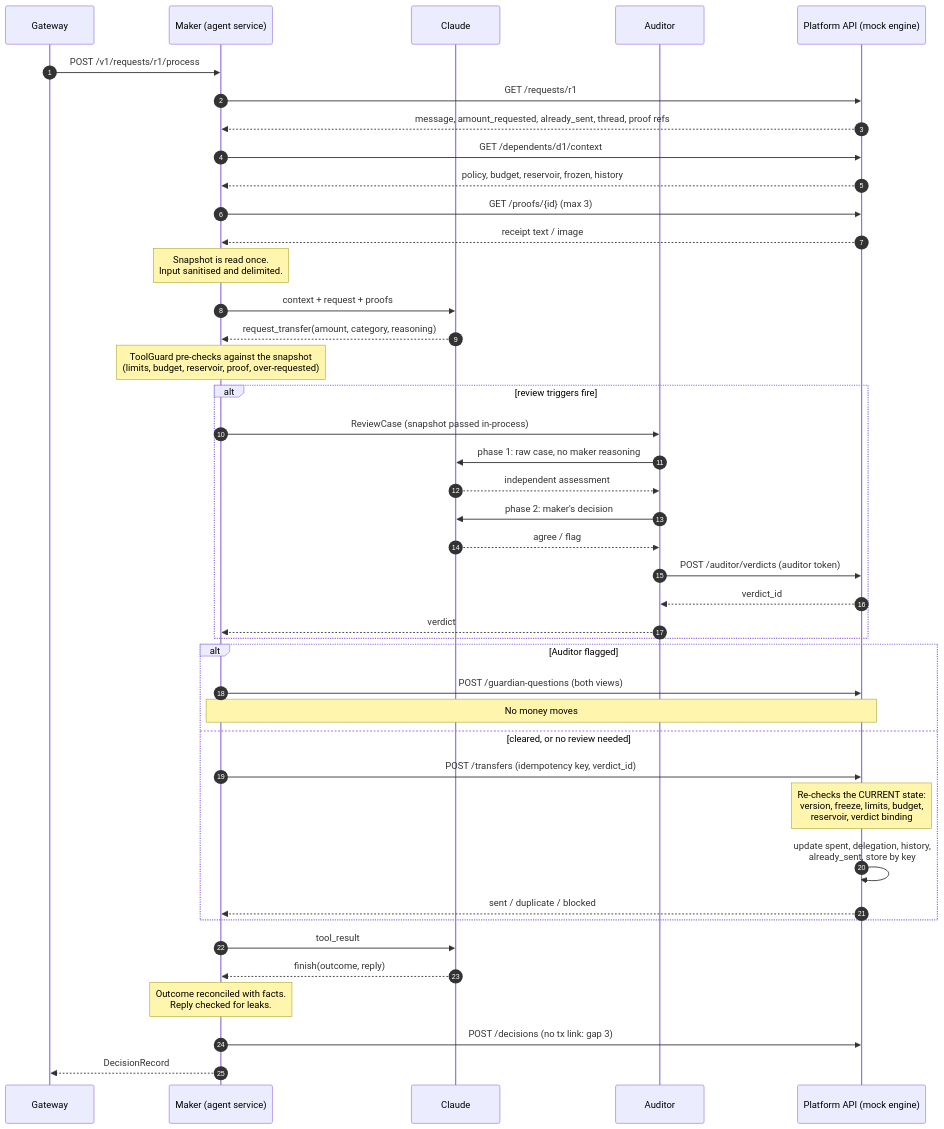
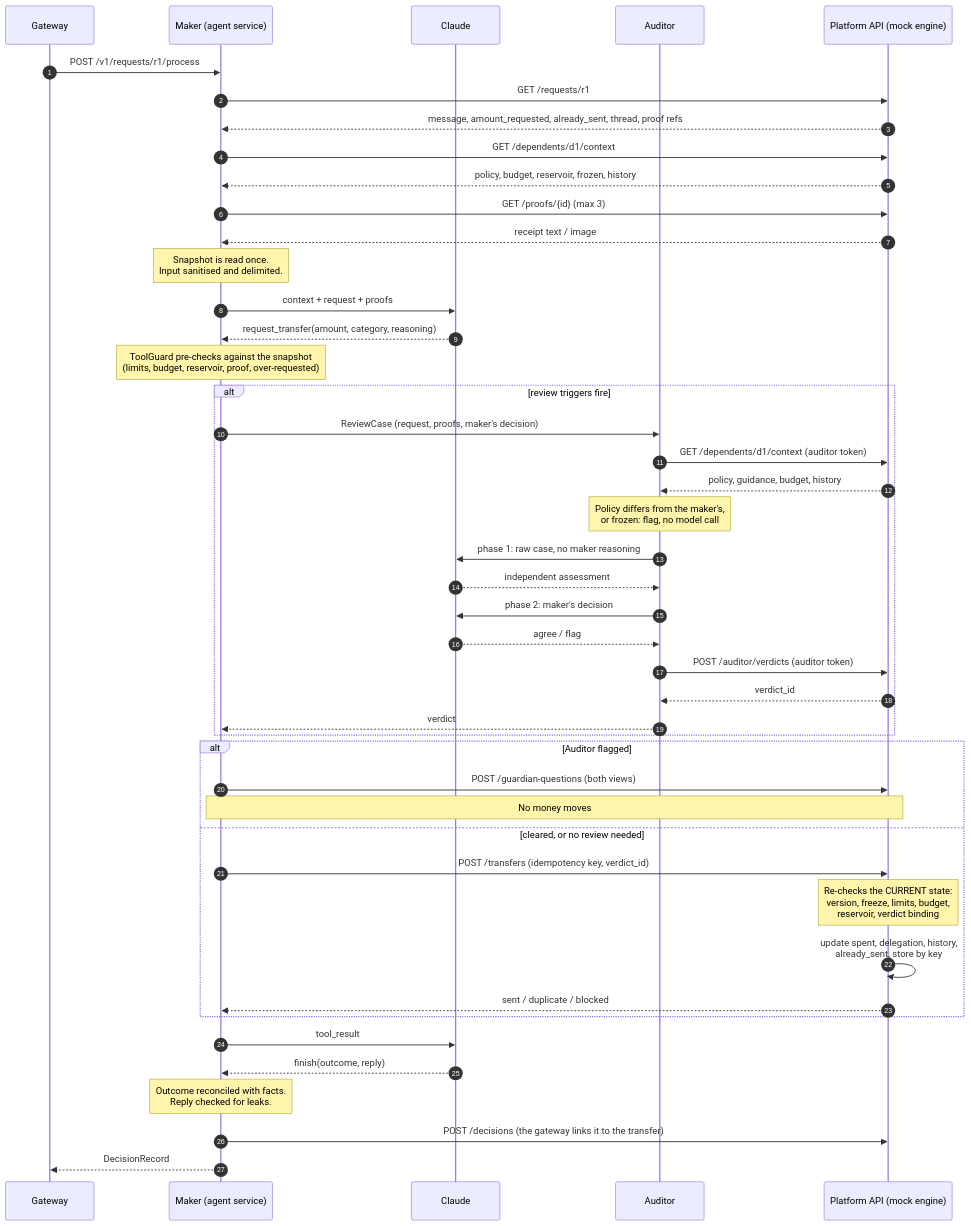
The second of 2 diagrams in agent/README.md (Team-Sigil/sigil), drawn with Mermaid before and after one commit. The commit also changed other lines of this file and 11 other files, not shown here.

````diff
--- a/agent/README.md
+++ b/agent/README.md
@@ -116,50 +120,53 @@
 ```mermaid
 sequenceDiagram
     autonumber
     participant GW as Gateway
     participant MK as Maker (agent service)
     participant LLM as Claude
     participant AU as Auditor
     participant PL as Platform API (mock engine)
 
     GW->>MK: POST /v1/requests/r1/process
     MK->>PL: GET /requests/r1
     PL-->>MK: message, amount_requested, already_sent, thread, proof refs
     MK->>PL: GET /dependents/d1/context
     PL-->>MK: policy, budget, reservoir, frozen, history
     MK->>PL: GET /proofs/{id} (max 3)
     PL-->>MK: receipt text / image
 
     Note over MK: Snapshot is read once.<br/>Input sanitised and delimited.
 
     MK->>LLM: context + request + proofs
     LLM-->>MK: request_transfer(amount, category, reasoning)
     Note over MK: ToolGuard pre-checks against the snapshot<br/>(limits, budget, reservoir, proof, over-requested)
 
     alt review triggers fire
-        MK->>AU: ReviewCase (snapshot passed in-process)
+        MK->>AU: ReviewCase (request, proofs, maker's decision)
+        AU->>PL: GET /dependents/d1/context (auditor token)
+        PL-->>AU: policy, guidance, budget, history
+        Note over AU: Policy differs from the maker's,<br/>or frozen: flag, no model call
         AU->>LLM: phase 1: raw case, no maker reasoning
         LLM-->>AU: independent assessment
         AU->>LLM: phase 2: maker's decision
         LLM-->>AU: agree / flag
         AU->>PL: POST /auditor/verdicts (auditor token)
         PL-->>AU: verdict_id
         AU-->>MK: verdict
     end
 
     alt Auditor flagged
         MK->>PL: POST /guardian-questions (both views)
         Note over MK,PL: No money moves
     else cleared, or no review needed
         MK->>PL: POST /transfers (idempotency key, verdict_id)
         Note over PL: Re-checks the CURRENT state:<br/>version, freeze, limits, budget,<br/>reservoir, verdict binding
         PL->>PL: update spent, delegation, history,<br/>already_sent, store by key
         PL-->>MK: sent / duplicate / blocked
     end
 
     MK->>LLM: tool_result
     LLM-->>MK: finish(outcome, reply)
     Note over MK: Outcome reconciled with facts.<br/>Reply checked for leaks.
-    MK->>PL: POST /decisions (no tx link: gap 3)
+    MK->>PL: POST /decisions (the gateway links it to the transfer)
     MK-->>GW: DecisionRecord
 ```
````
